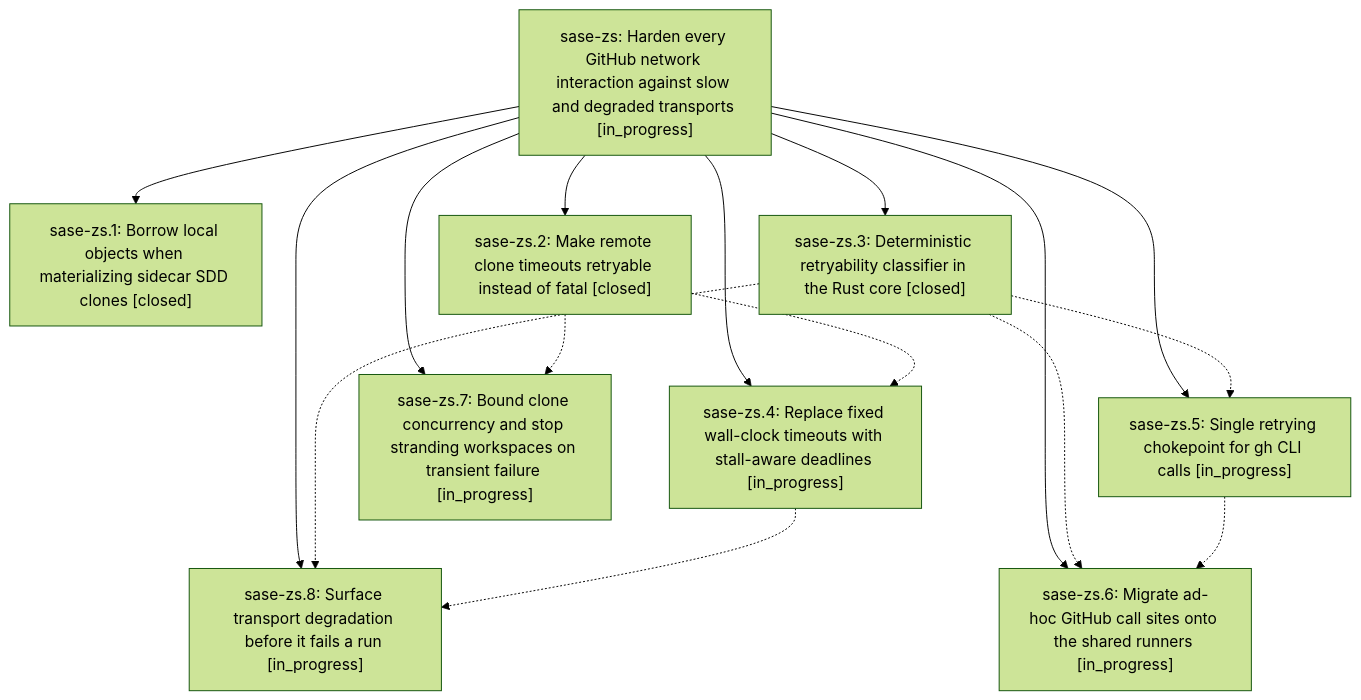
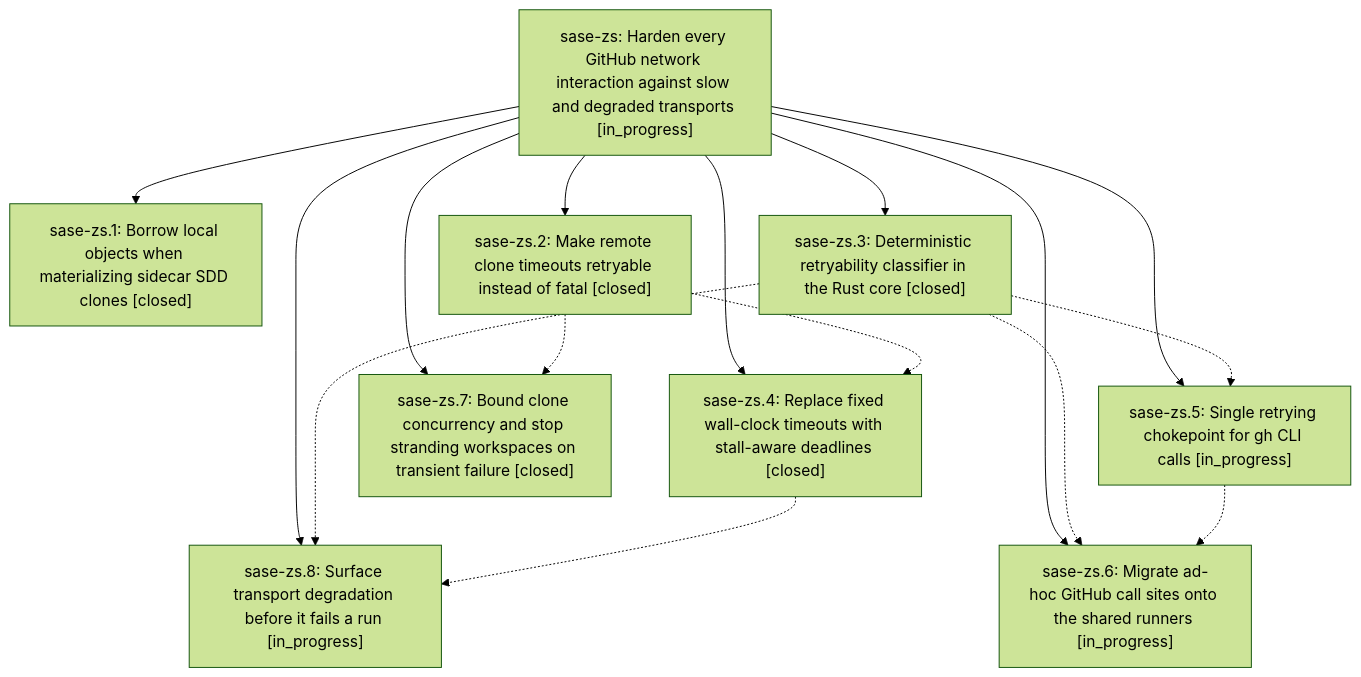
Before and after one commit to sase-org/sase--beads: the diagram in pages/sase-zs/README.md, drawn with Mermaid (forest theme). The commit also changed other lines of this file and 5 other files, not shown here.

````diff
--- a/pages/sase-zs/README.md
+++ b/pages/sase-zs/README.md
@@ -29,27 +29,27 @@
 ```mermaid
 flowchart TD
     n0["sase-zs: Harden every GitHub network interaction against slow and degraded transports [in_progress]"]
     n1["sase-zs.1: Borrow local objects when materializing sidecar SDD clones [closed]"]
     n2["sase-zs.2: Make remote clone timeouts retryable instead of fatal [closed]"]
     n3["sase-zs.3: Deterministic retryability classifier in the Rust core [closed]"]
-    n4["sase-zs.4: Replace fixed wall-clock timeouts with stall-aware deadlines [in_progress]"]
+    n4["sase-zs.4: Replace fixed wall-clock timeouts with stall-aware deadlines [closed]"]
     n5["sase-zs.5: Single retrying chokepoint for gh CLI calls [in_progress]"]
     n6["sase-zs.6: Migrate ad-hoc GitHub call sites onto the shared runners [in_progress]"]
-    n7["sase-zs.7: Bound clone concurrency and stop stranding workspaces on transient failure [in_progress]"]
+    n7["sase-zs.7: Bound clone concurrency and stop stranding workspaces on transient failure [closed]"]
     n8["sase-zs.8: Surface transport degradation before it fails a run [in_progress]"]
     n0 --> n1
     n0 --> n2
     n0 --> n3
     n0 --> n4
     n0 --> n5
     n0 --> n6
     n0 --> n7
     n0 --> n8
     n2 -.-> n4
     n2 -.-> n7
     n3 -.-> n5
     n3 -.-> n6
     n3 -.-> n8
     n4 -.-> n8
     n5 -.-> n6
 ```
````
